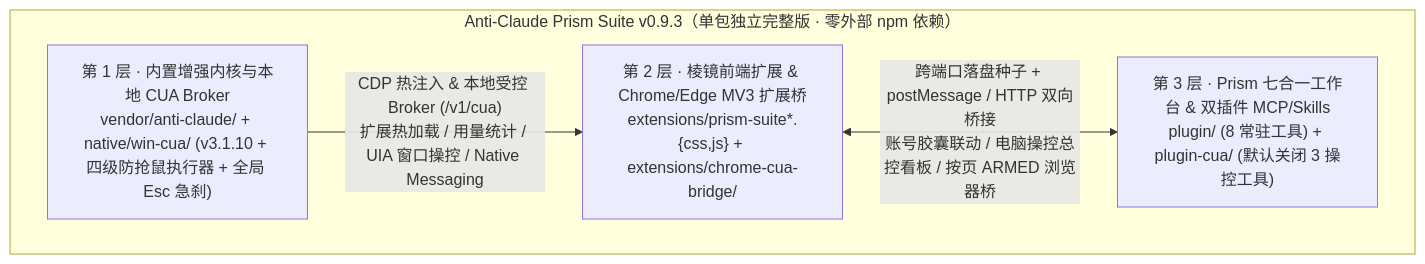
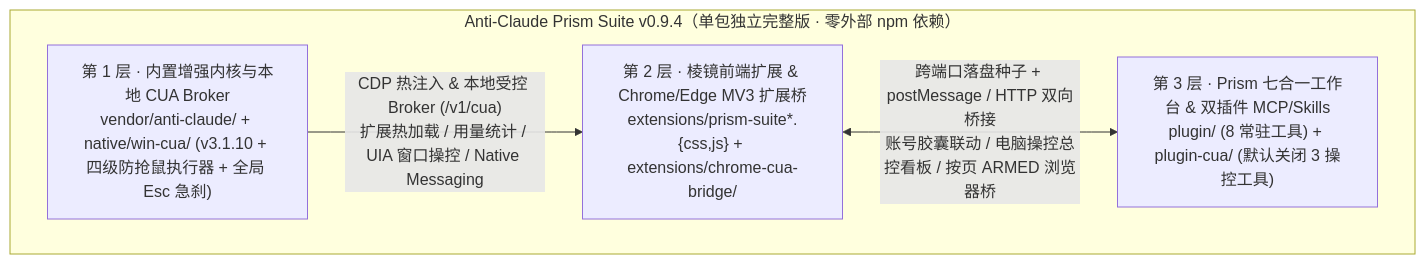
The diagram in README.md (wushuai0802/anti-claude-prism-suite), drawn with Mermaid before and after one commit. The commit also changed other lines of this file and 41 other files, not shown here.

````diff
--- a/README.md
+++ b/README.md
@@ -116,11 +116,11 @@
 ```mermaid
 flowchart TB
-  subgraph PKG["Anti-Claude Prism Suite v0.9.3（单包独立完整版 · 零外部 npm 依赖）"]
+  subgraph PKG["Anti-Claude Prism Suite v0.9.4（单包独立完整版 · 零外部 npm 依赖）"]
     K["第 1 层 · 内置增强内核与本地 CUA Broker<br/>vendor/anti-claude/ + native/win-cua/ (v3.1.10 + 四级防抢鼠执行器 + 全局 Esc 急刹)"]
     E["第 2 层 · 棱镜前端扩展 & Chrome/Edge MV3 扩展桥<br/>extensions/prism-suite*.{css,js} + extensions/chrome-cua-bridge/"]
     P["第 3 层 · Prism 七合一工作台 & 双插件 MCP/Skills<br/>plugin/ (8 常驻工具) + plugin-cua/ (默认关闭 3 操控工具)"]
   end
 
   K -->|"CDP 热注入 & 本地受控 Broker (/v1/cua)<br/>扩展热加载 / 用量统计 / UIA 窗口操控 / Native Messaging"| E
   E <-->|"跨端口落盘种子 + postMessage / HTTP 双向桥接<br/>账号胶囊联动 / 电脑操控总控看板 / 按页 ARMED 浏览器桥"| P
 ```
````
